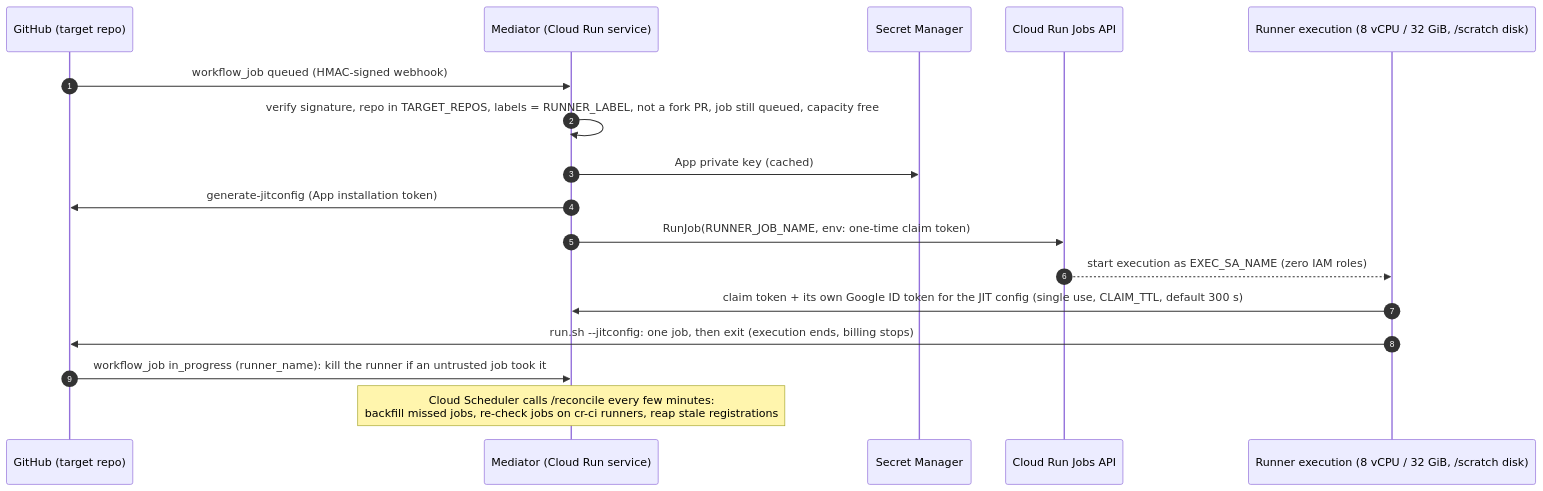
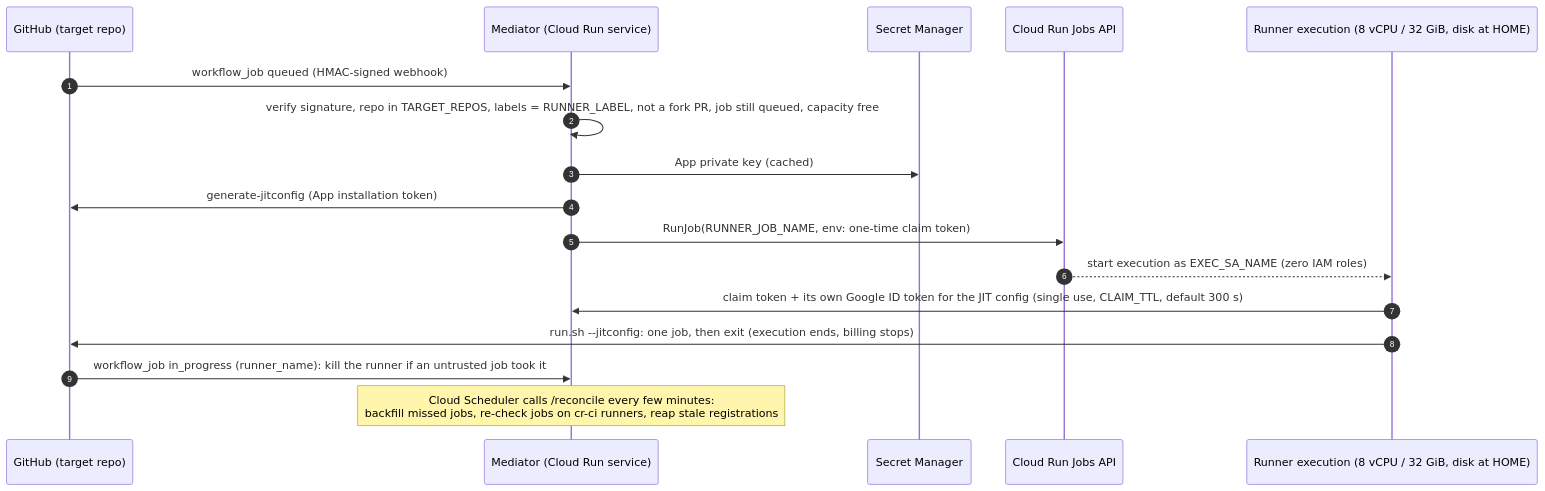
Before and after one commit to GoogleCloudPlatform/scion: the diagram in cr-ci/README.md, drawn with Mermaid. The commit also changed other lines of this file and 10 other files, not shown here.

````diff
--- a/cr-ci/README.md
+++ b/cr-ci/README.md
@@ -26,19 +26,19 @@
 ```mermaid
 sequenceDiagram
     autonumber
     participant GH as GitHub (target repo)
     participant Med as Mediator (Cloud Run service)
     participant SM as Secret Manager
     participant CR as Cloud Run Jobs API
-    participant Run as Runner execution (8 vCPU / 32 GiB, /scratch disk)
+    participant Run as Runner execution (8 vCPU / 32 GiB, disk at HOME)
     GH->>Med: workflow_job queued (HMAC-signed webhook)
     Med->>Med: verify signature, repo in TARGET_REPOS, labels = RUNNER_LABEL, not a fork PR, job still queued, capacity free
     Med->>SM: App private key (cached)
     Med->>GH: generate-jitconfig (App installation token)
     Med->>CR: RunJob(RUNNER_JOB_NAME, env: one-time claim token)
     CR-->>Run: start execution as EXEC_SA_NAME (zero IAM roles)
     Run->>Med: claim token + its own Google ID token for the JIT config (single use, CLAIM_TTL, default 300 s)
     Run->>GH: run.sh --jitconfig: one job, then exit (execution ends, billing stops)
     GH->>Med: workflow_job in_progress (runner_name): kill the runner if an untrusted job took it
     Note over Med: Cloud Scheduler calls /reconcile every few minutes:<br/>backfill missed jobs, re-check jobs on cr-ci runners, reap stale registrations
 ```
````
